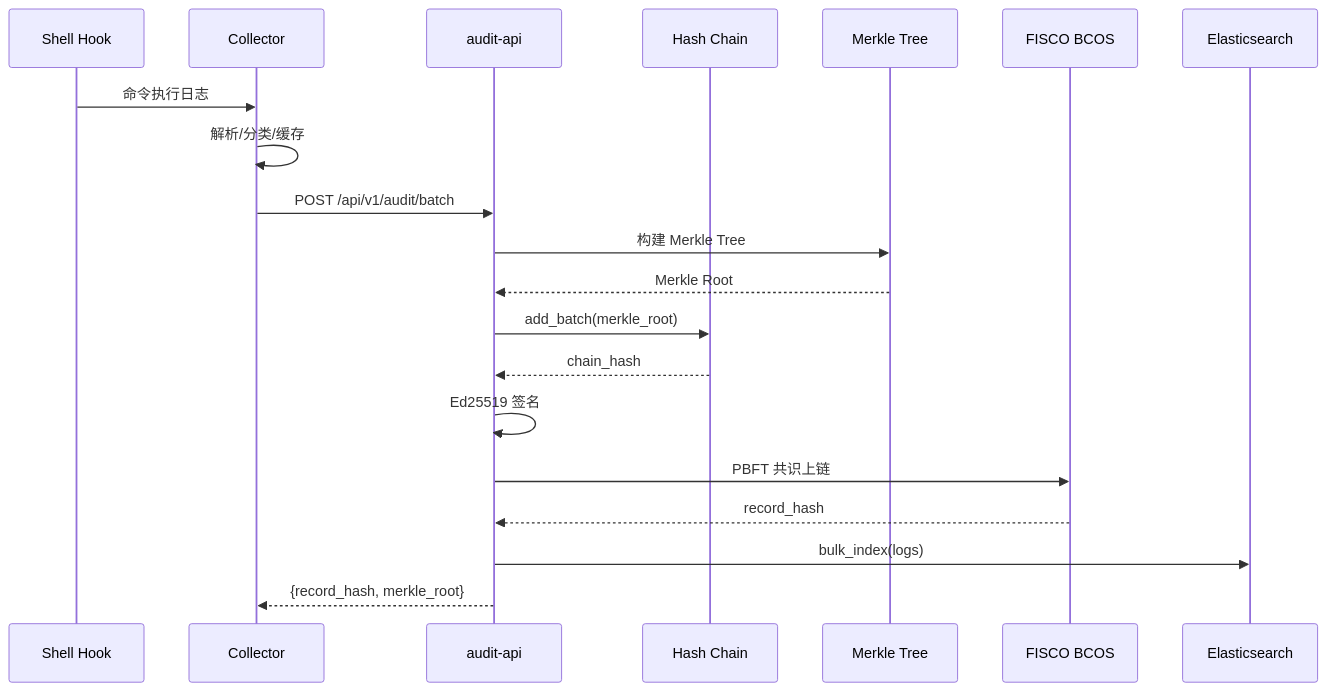
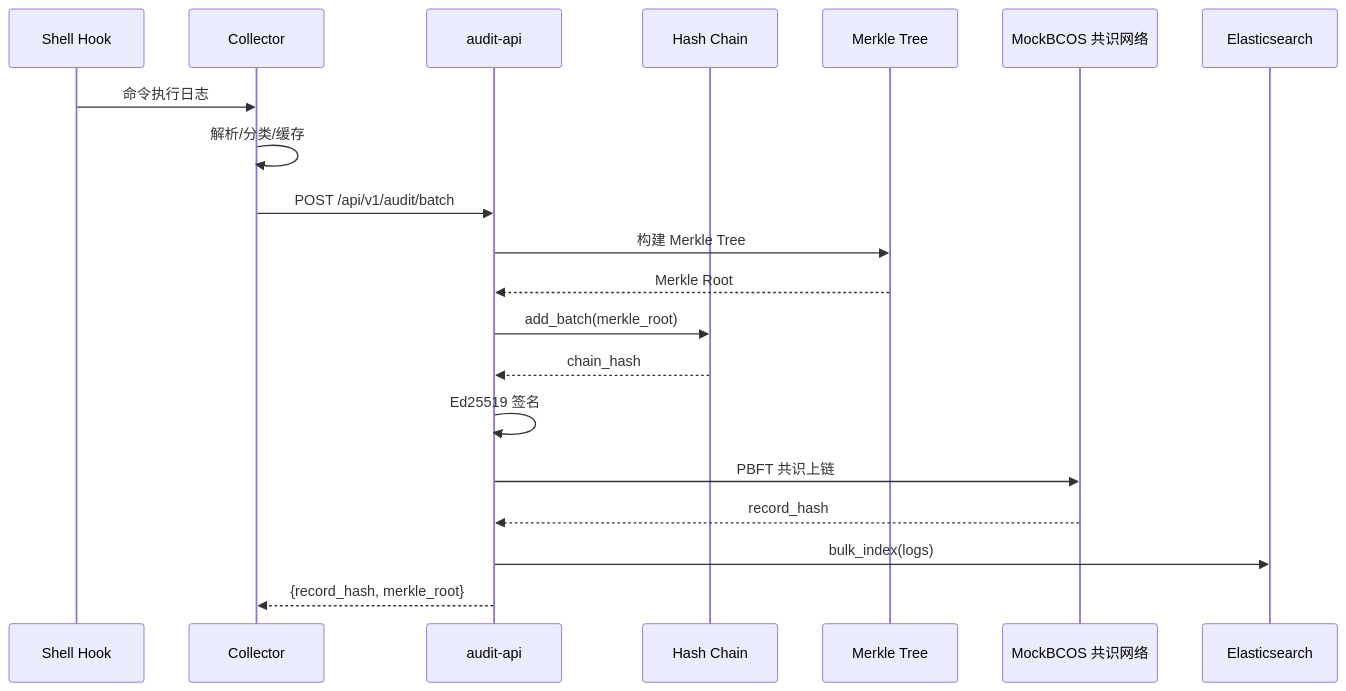
Before and after one commit to Rahn-grey/server-audit-chain: the second of 2 diagrams in README.md, drawn with Mermaid. The commit also changed other lines of this file and 7 other files, not shown here.

First line of the commit message:
docs: 清理 FISCO BCOS 遗留引用，统一为 MockBCOS

````diff
--- a/README.md
+++ b/README.md
@@ -92,23 +92,23 @@
 ```mermaid
 sequenceDiagram
     participant S as Shell Hook
     participant C as Collector
     participant API as audit-api
     participant Chain as Hash Chain
     participant M as Merkle Tree
-    participant BCOS as FISCO BCOS
+    participant BCOS as MockBCOS 共识网络
     participant ES as Elasticsearch
 
     S->>C: 命令执行日志
     C->>C: 解析/分类/缓存
     C->>API: POST /api/v1/audit/batch
     API->>M: 构建 Merkle Tree
     M-->>API: Merkle Root
     API->>Chain: add_batch(merkle_root)
     Chain-->>API: chain_hash
     API->>API: Ed25519 签名
     API->>BCOS: PBFT 共识上链
     BCOS-->>API: record_hash
     API->>ES: bulk_index(logs)
     API-->>C: {record_hash, merkle_root}
 ```
````
